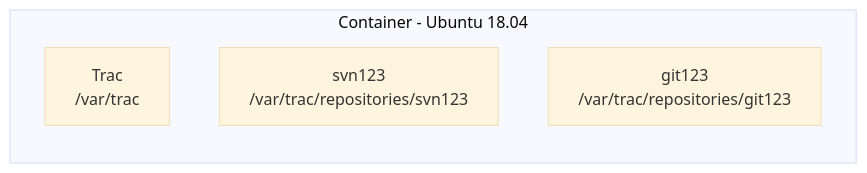
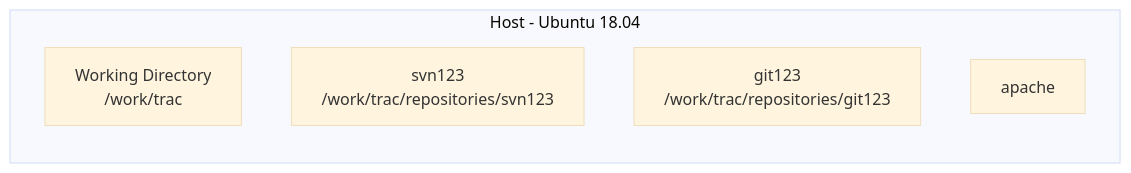
Before and after one commit to lankahsu520/HelperX: the second of 3 diagrams in helper_VCS-Trac.md, drawn with Mermaid (base theme). The commit also changed other lines of this file, not shown here.

Commit message:
update helper_VCS-Trac.md, 2.Trac

````diff
--- a/helper_VCS-Trac.md
+++ b/helper_VCS-Trac.md
@@ -303,11 +111,11 @@
 ```mermaid
 flowchart LR
-	subgraph Container[Container - Ubuntu 18.04]
-		Trac[Trac<br>/var/trac]
+	subgraph Host[Host - Ubuntu 18.04]
+		Trac[Working Directory<br>/work/trac]
+        svn123[svn123<br>/work/trac/repositories/svn123]
 
-		svn123[svn123<br>/var/trac/repositories/svn123]
-		
-		git123[git123<br>/var/trac/repositories/git123]
+        git123[git123<br>/work/trac/repositories/git123]
+
+		apache
 	end
-
 ```
````
